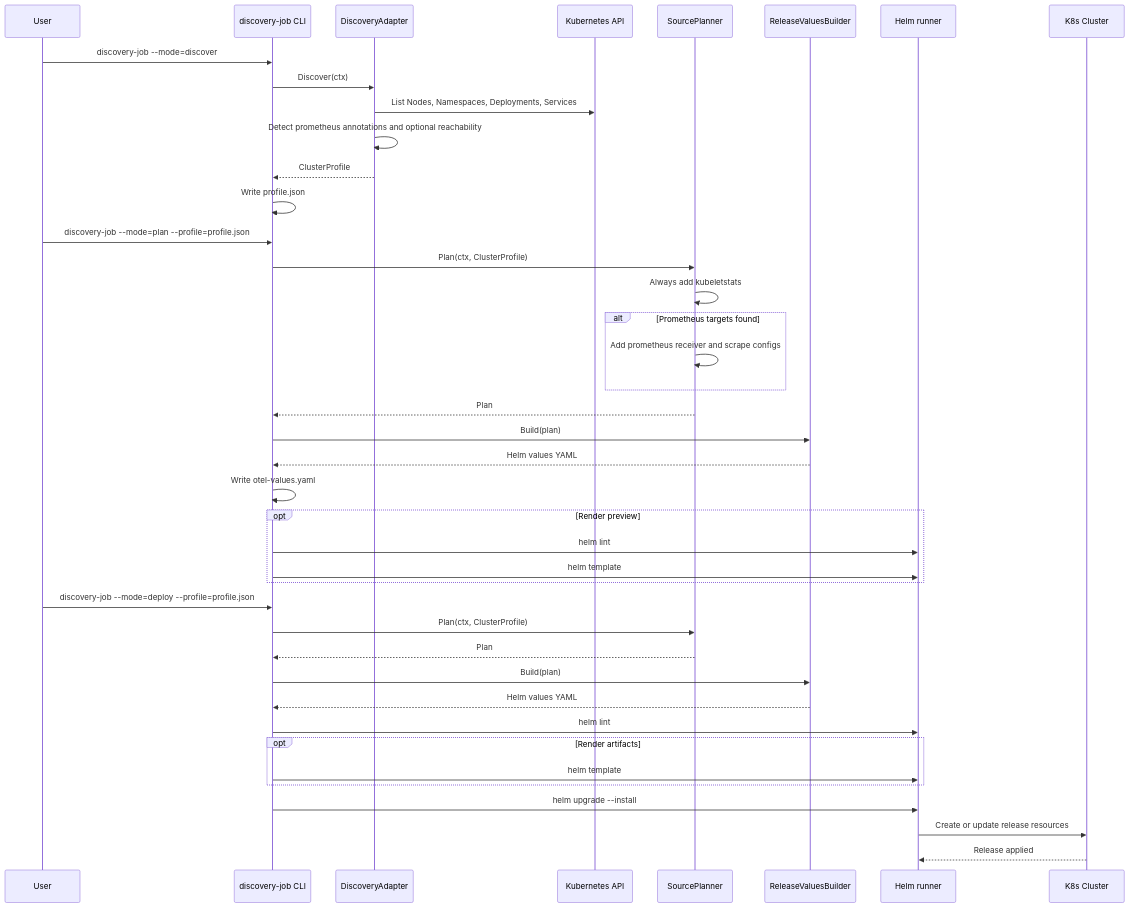
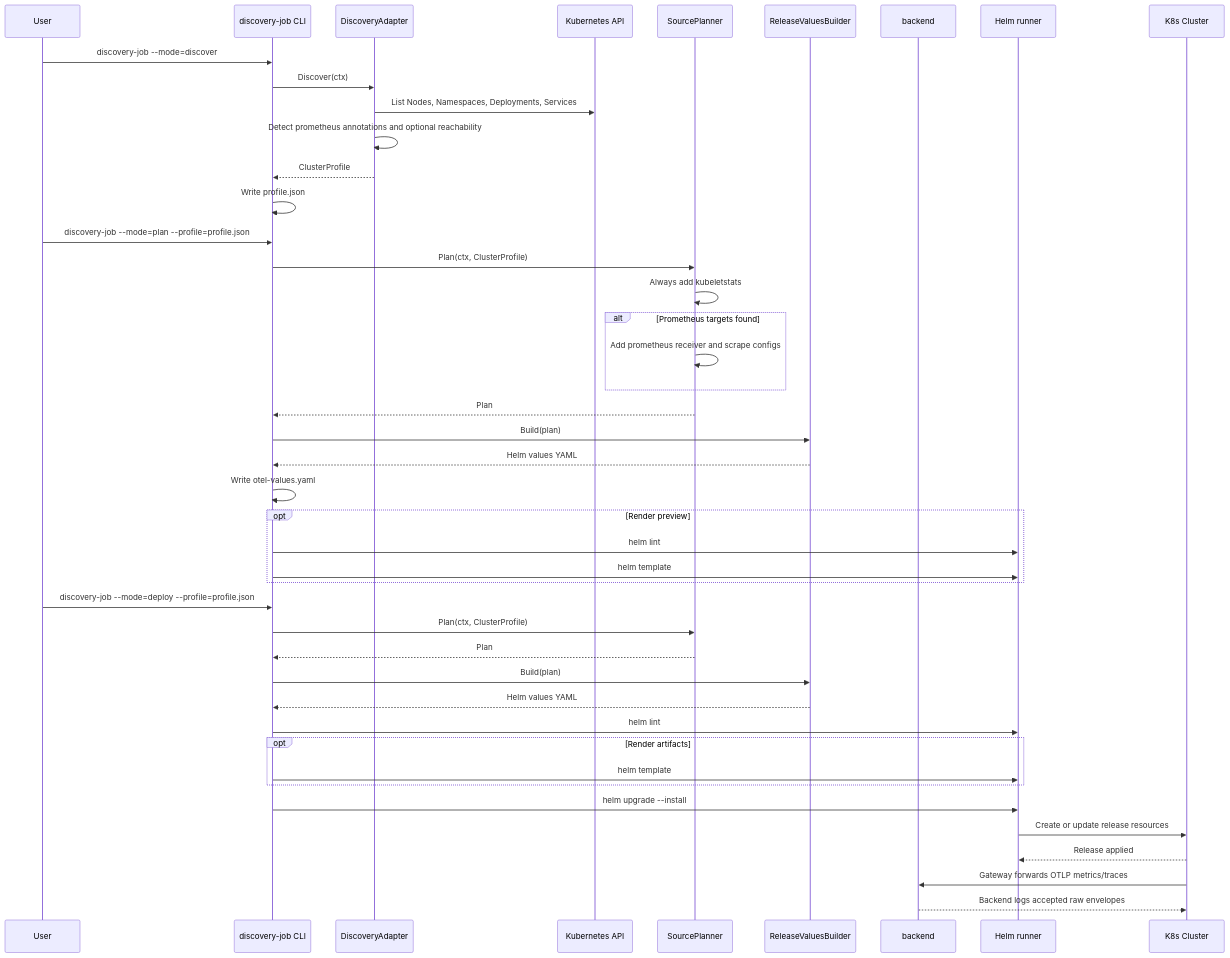
The diagram in docs/discovery-flow.md (erickivel/karthos), drawn with Mermaid before and after one commit. The commit also changed other lines of this file and 41 other files, not shown here.

````diff
--- a/docs/discovery-flow.md
+++ b/docs/discovery-flow.md
@@ -7,46 +7,49 @@
 ```mermaid
 sequenceDiagram
     participant User
     participant CLI as discovery-job CLI
     participant DA as DiscoveryAdapter
     participant K8s as Kubernetes API
     participant SP as SourcePlanner
     participant RV as ReleaseValuesBuilder
+    participant B as backend
     participant H as Helm runner
     participant Cluster as K8s Cluster
 
     User->>CLI: discovery-job --mode=discover
     CLI->>DA: Discover(ctx)
     DA->>K8s: List Nodes, Namespaces, Deployments, Services
     DA->>DA: Detect prometheus annotations and optional reachability
     DA-->>CLI: ClusterProfile
     CLI->>CLI: Write profile.json
 
     User->>CLI: discovery-job --mode=plan --profile=profile.json
     CLI->>SP: Plan(ctx, ClusterProfile)
     SP->>SP: Always add kubeletstats
     alt Prometheus targets found
         SP->>SP: Add prometheus receiver and scrape configs
     end
     SP-->>CLI: Plan
     CLI->>RV: Build(plan)
     RV-->>CLI: Helm values YAML
     CLI->>CLI: Write otel-values.yaml
     opt Render preview
         CLI->>H: helm lint
         CLI->>H: helm template
     end
 
     User->>CLI: discovery-job --mode=deploy --profile=profile.json
     CLI->>SP: Plan(ctx, ClusterProfile)
     SP-->>CLI: Plan
     CLI->>RV: Build(plan)
     RV-->>CLI: Helm values YAML
     CLI->>H: helm lint
     opt Render artifacts
         CLI->>H: helm template
     end
     CLI->>H: helm upgrade --install
     H->>Cluster: Create or update release resources
     Cluster-->>H: Release applied
+    Cluster->>B: Gateway forwards OTLP metrics/traces
+    B-->>Cluster: Backend logs accepted raw envelopes
 ```
````
